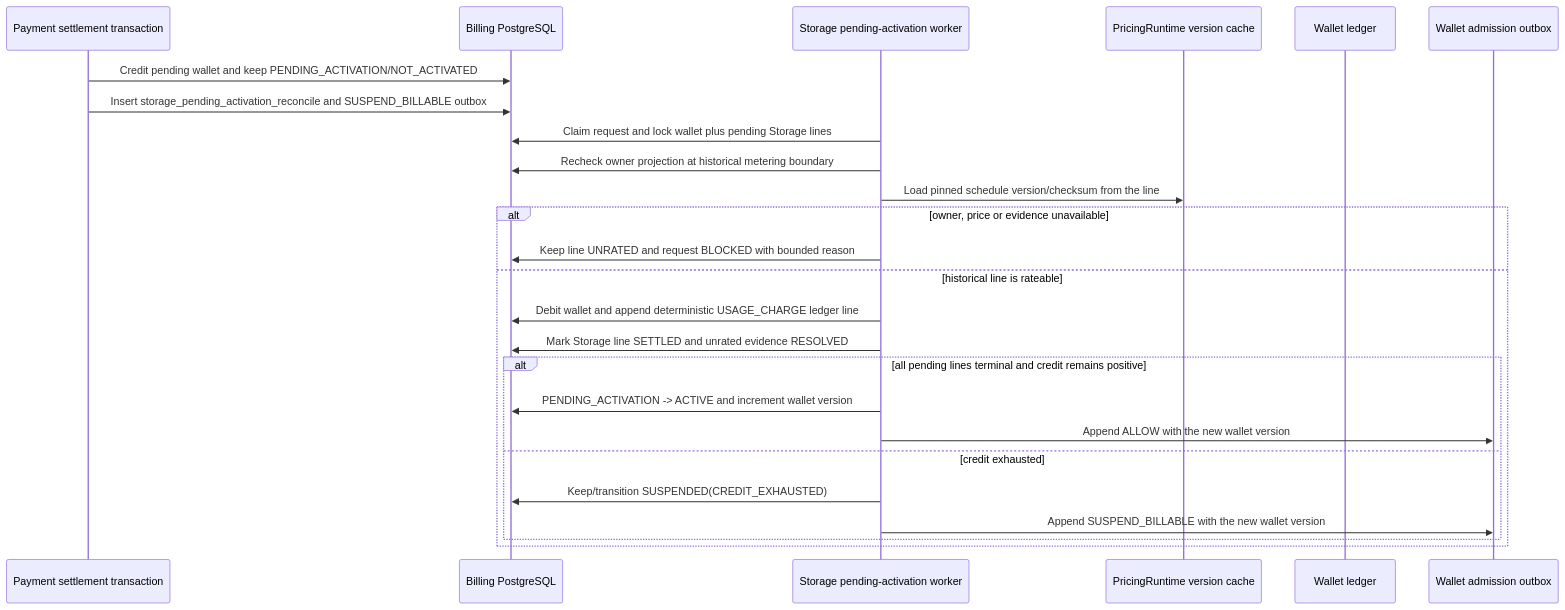
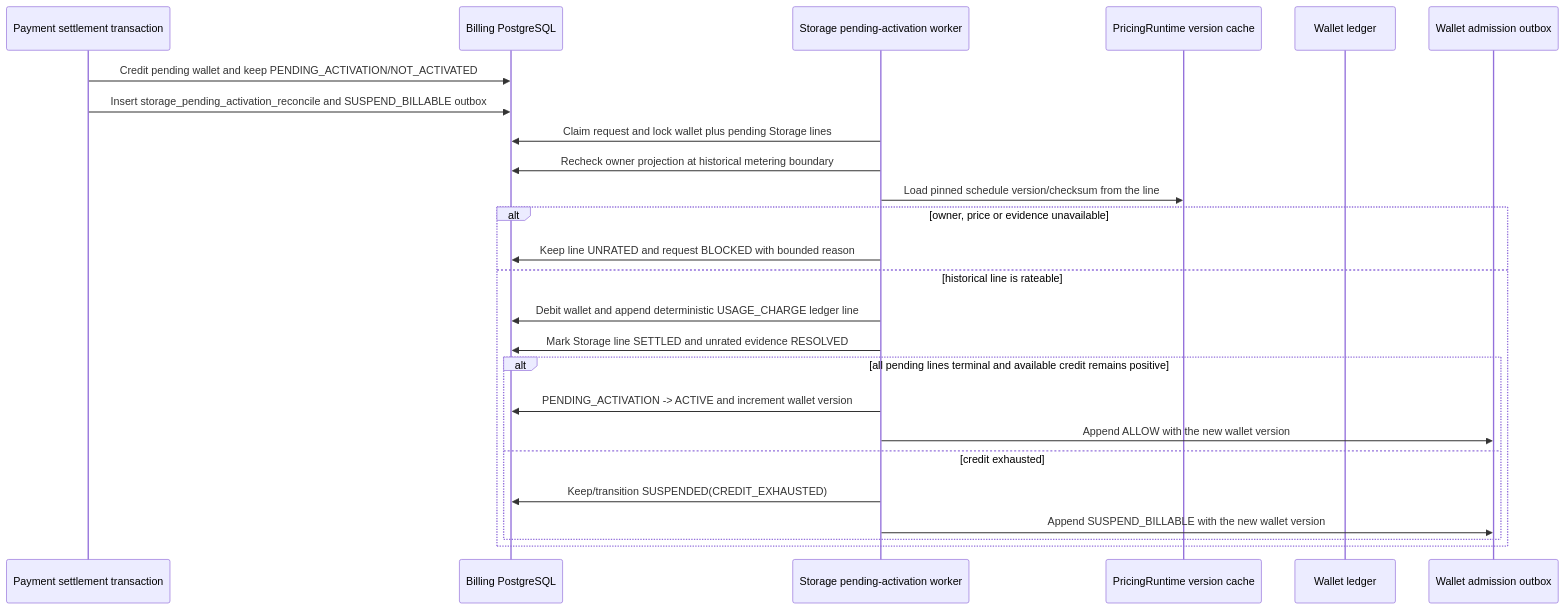
The fourth of 5 diagrams in god_view/billing/billing_storage_usage_settlement_god_view_workflow.md (phucle996/aurora), drawn with Mermaid before and after one commit. The commit also changed other lines of this file and 139 other files, not shown here.

````diff
--- a/god_view/billing/billing_storage_usage_settlement_god_view_workflow.md
+++ b/god_view/billing/billing_storage_usage_settlement_god_view_workflow.md
@@ -161,28 +209,28 @@
 ```mermaid
 sequenceDiagram
     participant P as Payment settlement transaction
     participant B as Billing PostgreSQL
     participant W as Storage pending-activation worker
     participant C as PricingRuntime version cache
     participant L as Wallet ledger
     participant O as Wallet admission outbox
 
     P->>B: Credit pending wallet and keep PENDING_ACTIVATION/NOT_ACTIVATED
     P->>B: Insert storage_pending_activation_reconcile and SUSPEND_BILLABLE outbox
     W->>B: Claim request and lock wallet plus pending Storage lines
     W->>B: Recheck owner projection at historical metering boundary
     W->>C: Load pinned schedule version/checksum from the line
     alt owner, price or evidence unavailable
         W->>B: Keep line UNRATED and request BLOCKED with bounded reason
     else historical line is rateable
         W->>B: Debit wallet and append deterministic USAGE_CHARGE ledger line
         W->>B: Mark Storage line SETTLED and unrated evidence RESOLVED
-        alt all pending lines terminal and credit remains positive
+        alt all pending lines terminal and available credit remains positive
             W->>B: PENDING_ACTIVATION -> ACTIVE and increment wallet version
             W->>O: Append ALLOW with the new wallet version
         else credit exhausted
             W->>B: Keep/transition SUSPENDED(CREDIT_EXHAUSTED)
             W->>O: Append SUSPEND_BILLABLE with the new wallet version
         end
     end
 ```
````
